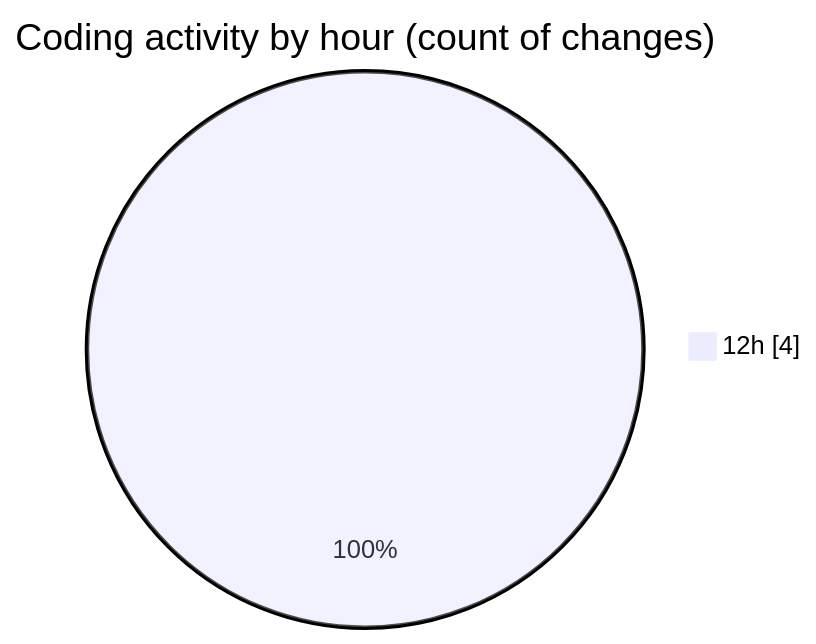
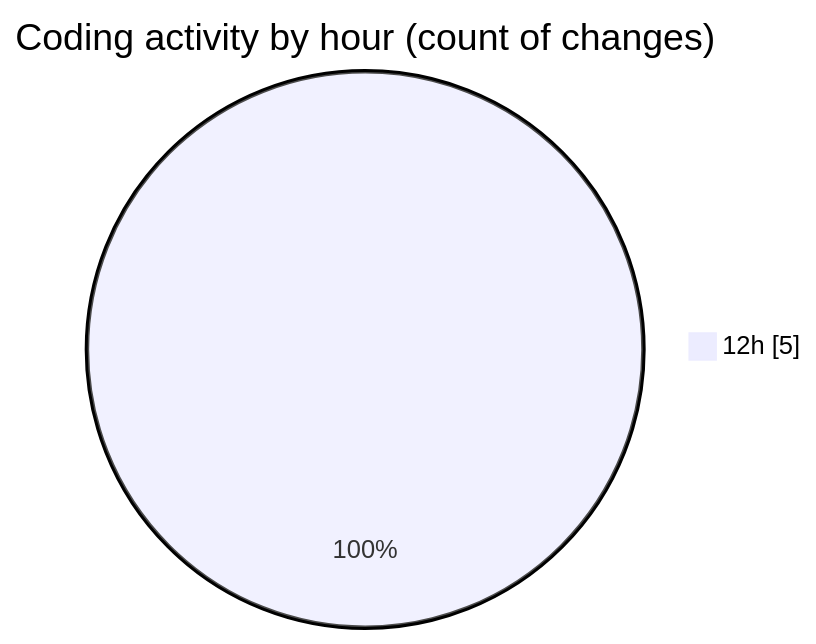
Before and after one commit to LanceThiago/code-tracking: the second of 2 diagrams in 2025-04-11/web/README.md, drawn with Mermaid. The commit also changed other lines of this file and 1 other file, not shown here.

````diff
--- a/2025-04-11/web/README.md
+++ b/2025-04-11/web/README.md
@@ -28,5 +30,5 @@
 ```mermaid
 pie showData
 title Coding activity by hour (count of changes)
-"12h" : 4
+"12h" : 5
 ```
````
